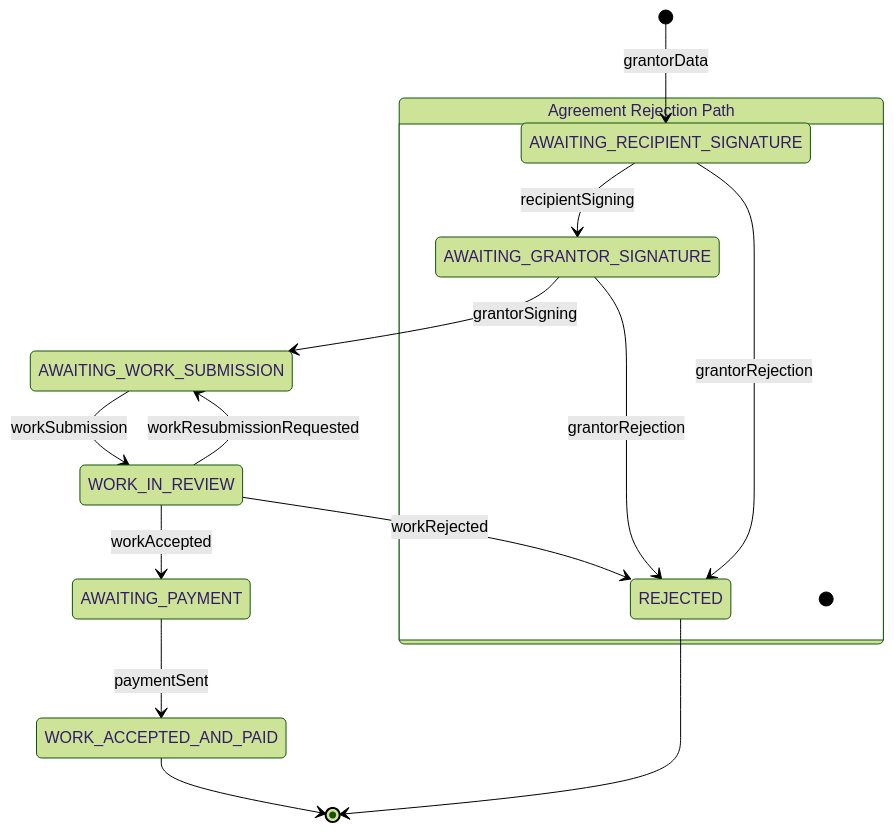
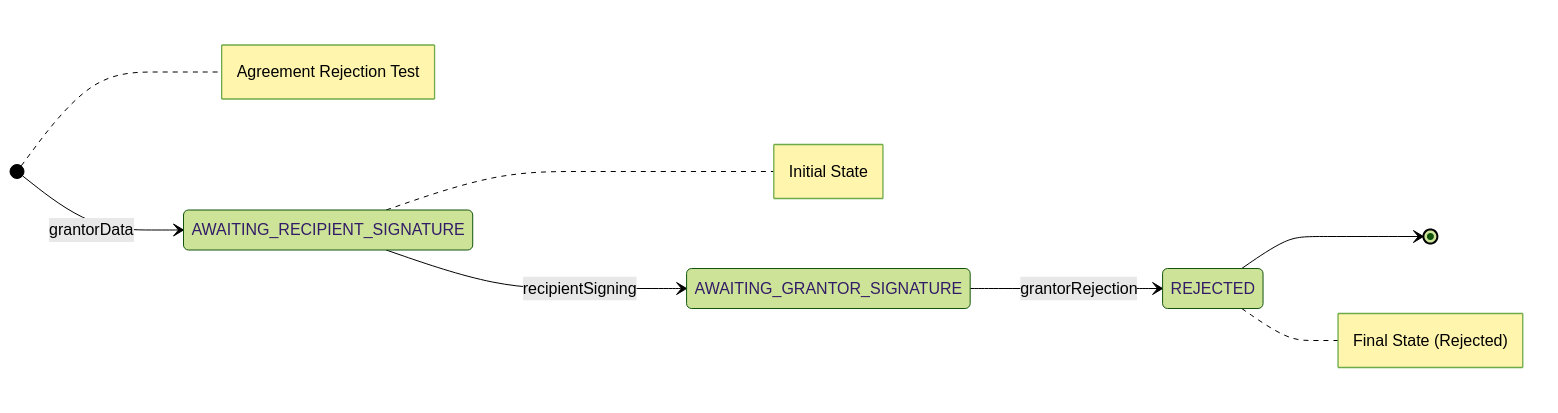
The fourth of 5 diagrams in lua-actor/src/dfsm-with-tx.md (Consensys-Network-State/signet-execution-prototype), drawn with Mermaid (forest theme) before and after one commit. The commit also changed other lines of this file, not shown here.

Commit message:
Trying new syntax for mermaid

````diff
--- a/lua-actor/src/dfsm-with-tx.md
+++ b/lua-actor/src/dfsm-with-tx.md
@@ -110,29 +58,12 @@
 ```mermaid
 stateDiagram-v2
-    state "Agreement Rejection Path" as agreeRejectPath
+    direction LR
     [*] --> AWAITING_RECIPIENT_SIGNATURE: grantorData
+    AWAITING_RECIPIENT_SIGNATURE --> AWAITING_GRANTOR_SIGNATURE: recipientSigning
+    AWAITING_GRANTOR_SIGNATURE --> REJECTED: grantorRejection
+    REJECTED --> [*]
     
-    AWAITING_RECIPIENT_SIGNATURE --> AWAITING_GRANTOR_SIGNATURE: recipientSigning
-    AWAITING_RECIPIENT_SIGNATURE --> REJECTED: grantorRejection
-    
-    AWAITING_GRANTOR_SIGNATURE --> AWAITING_WORK_SUBMISSION: grantorSigning
-    AWAITING_GRANTOR_SIGNATURE --> REJECTED: grantorRejection
-    
-    AWAITING_WORK_SUBMISSION --> WORK_IN_REVIEW: workSubmission
-    
-    WORK_IN_REVIEW --> AWAITING_WORK_SUBMISSION: workResubmissionRequested
-    WORK_IN_REVIEW --> AWAITING_PAYMENT: workAccepted
-    WORK_IN_REVIEW --> REJECTED: workRejected
-    
-    AWAITING_PAYMENT --> WORK_ACCEPTED_AND_PAID: paymentSent
-    
-    WORK_ACCEPTED_AND_PAID --> [*]
-    REJECTED --> [*]
-
-    state agreeRejectPath {
-        [*]
-        AWAITING_RECIPIENT_SIGNATURE
-        AWAITING_GRANTOR_SIGNATURE
-        REJECTED
-    }
+    note right of [*]: Agreement Rejection Test
+    note right of AWAITING_RECIPIENT_SIGNATURE: Initial State
+    note right of REJECTED: Final State (Rejected)
 ```
````
